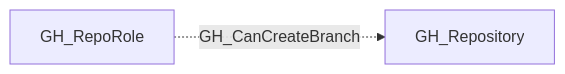
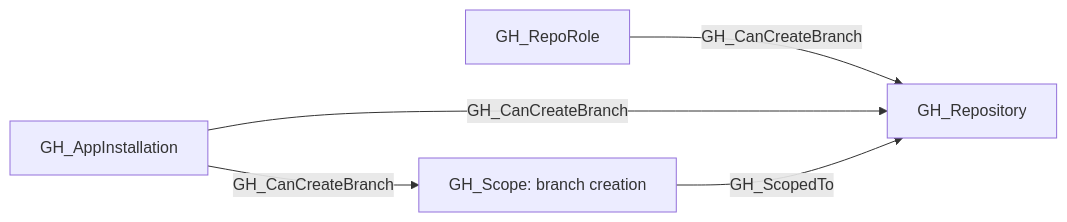
The diagram in descriptions/edges/GH_CanCreateBranch.md (SpecterOps/openhound-github), drawn with Mermaid before and after one commit. The commit also changed other lines of this file and 21 other files, not shown here.

Commit message:
fix(BED-10715): model App installation branch creation capabilities

````diff
--- a/descriptions/edges/GH_CanCreateBranch.md
+++ b/descriptions/edges/GH_CanCreateBranch.md
@@ -21,6 +29,11 @@
 ```mermaid
 graph LR
     n0["GH_RepoRole"]
     n1["GH_Repository"]
-    n0 -.->|GH_CanCreateBranch| n1
+    n2["GH_AppInstallation"]
+    n3["GH_Scope: branch creation"]
+    n0 -->|GH_CanCreateBranch| n1
+    n2 -->|GH_CanCreateBranch| n1
+    n2 -->|GH_CanCreateBranch| n3
+    n3 -->|GH_ScopedTo| n1
 ```
````
